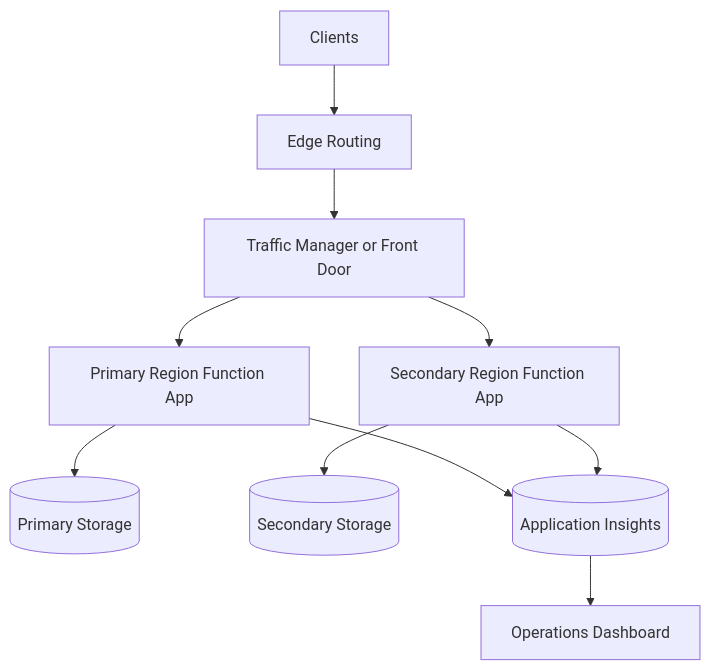
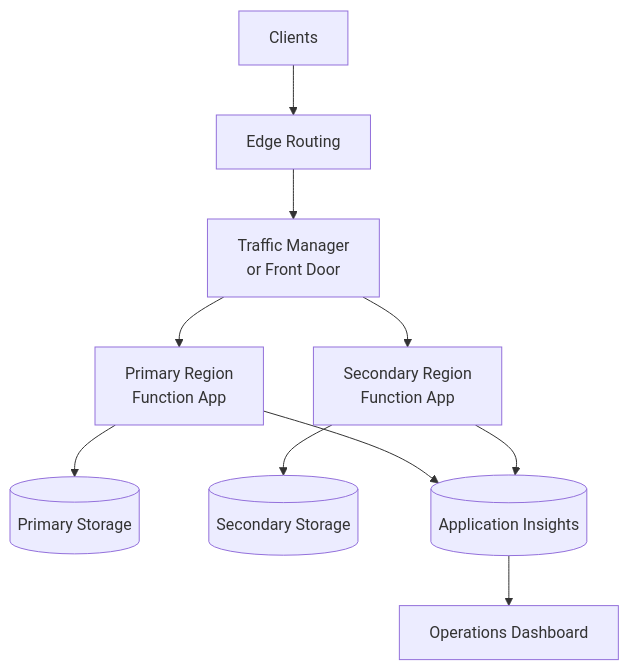
The second of 2 diagrams in docs/operations/recovery.md (yeongseon/azure-functions-practical-guide), drawn with Mermaid before and after one commit. The commit also changed other lines of this file, not shown here.

First line of the commit message:
docs(diagrams): clarify recovery decisions and regional planning

````diff
--- a/docs/operations/recovery.md
+++ b/docs/operations/recovery.md
@@ -286,12 +319,14 @@
 ```mermaid
 flowchart TD
-    U[Clients] --> E[Edge Routing]
-    E --> TM[Traffic Manager or Front Door]
-    TM --> P[Primary Region Function App]
-    TM --> S[Secondary Region Function App]
+    accTitle: Regional recovery resource planning
+    accDescr: Illustrative planning associations from clients through the edge-routing choice of Traffic Manager or Front Door to primary and secondary region function apps, each with its own storage. Both apps report to a configured shared Application Insights resource used by the operations dashboard. Arrows are not packet hops, storage replication, or a guarantee that both apps process traffic simultaneously; see the reading key.
+    U[Clients] --> E["Edge Routing"]
+    E --> TM["Traffic Manager<br/>or Front Door"]
+    TM --> P["Primary Region<br/>Function App"]
+    TM --> S["Secondary Region<br/>Function App"]
     P --> SP[(Primary Storage)]
     S --> SS[(Secondary Storage)]
     P --> AP[(Application Insights)]
     S --> AP
     AP --> O[Operations Dashboard]
 ```
````
